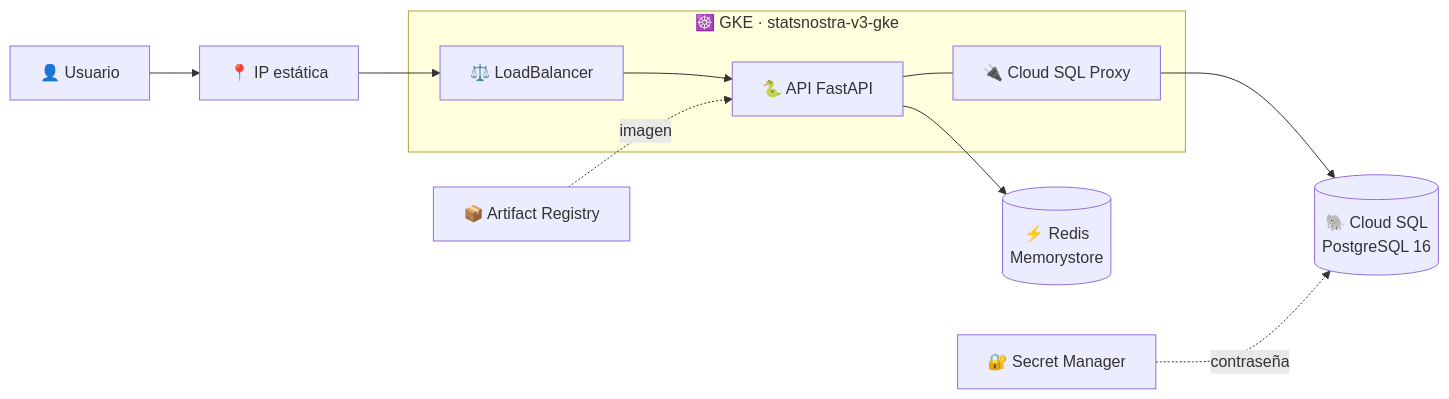
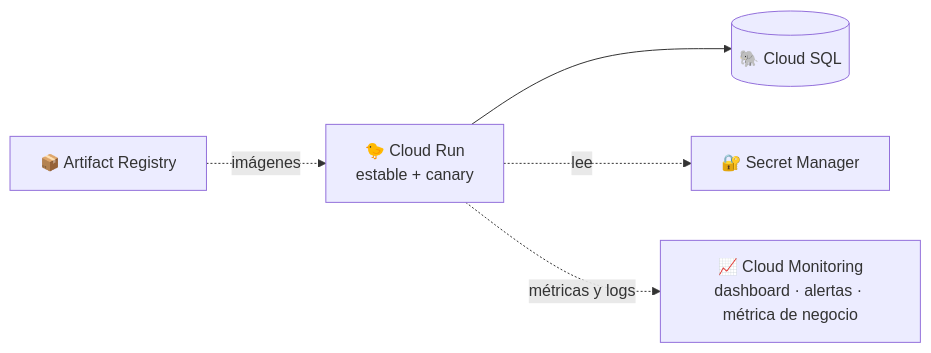
Before and after one commit to MarianaPineda0/StatsNostra: the diagram in terraform/README.md, drawn with Mermaid. The commit also changed other lines of this file, not shown here.

````diff
--- a/terraform/README.md
+++ b/terraform/README.md
@@ -13,13 +15,7 @@
 ```mermaid
 flowchart LR
-    U[👤 Usuario] --> IP[📍 IP estática]
-    IP --> LB[⚖️ LoadBalancer]
-    subgraph GKE[☸️ GKE · statsnostra-v3-gke]
-        LB --> API[🐍 API FastAPI]
-        API --- PX[🔌 Cloud SQL Proxy]
-    end
-    PX --> SQL[(🐘 Cloud SQL<br/>PostgreSQL 16)]
-    API --> R[(⚡ Redis<br/>Memorystore)]
-    AR[📦 Artifact Registry] -. imagen .-> API
-    SM[🔐 Secret Manager] -. contraseña .-> SQL
+    CR[🐤 Cloud Run<br/>estable + canary] --> SQL[(🐘 Cloud SQL)]
+    CR -. lee .-> SM[🔐 Secret Manager]
+    AR[📦 Artifact Registry] -. imágenes .-> CR
+    CR -. métricas y logs .-> MON[📈 Cloud Monitoring<br/>dashboard · alertas · métrica de negocio]
 ```
````
